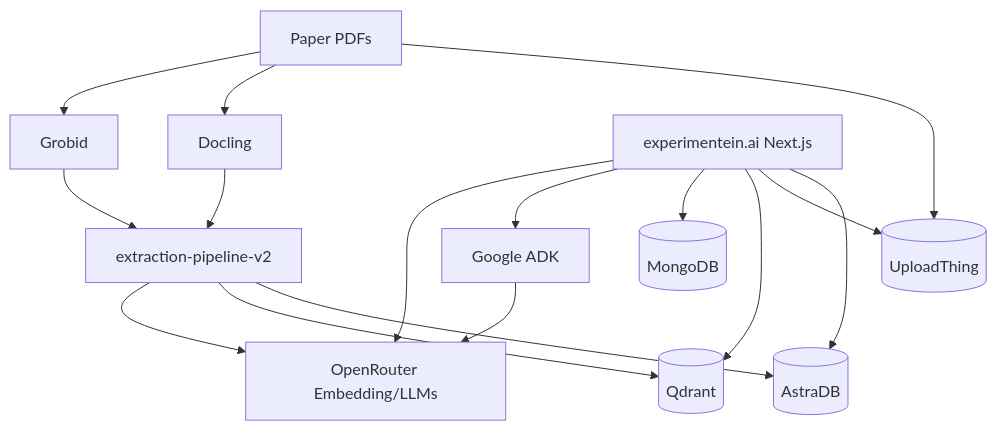
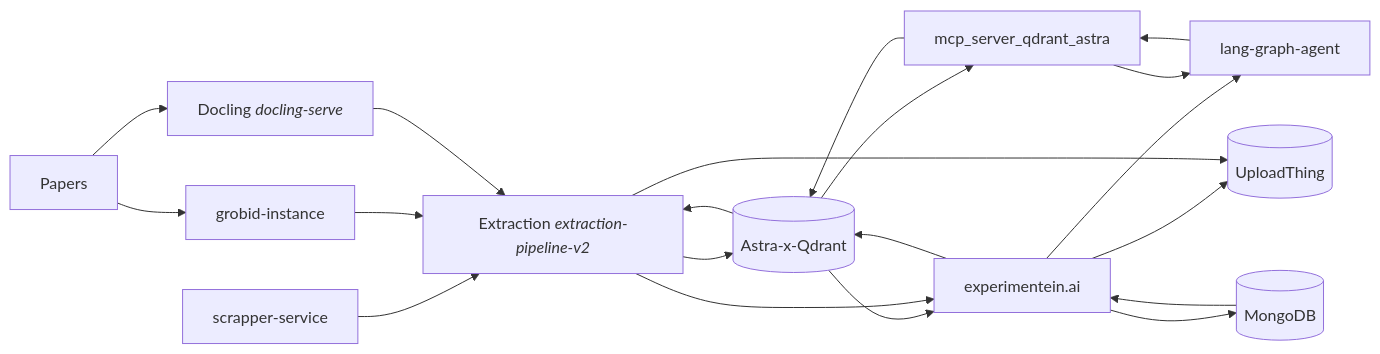
One commit to yassinehemissi/vectors-in-orbit-2026 changed the diagram in README.md. Above: the diagram before and after it, drawn with Mermaid. The commit also changed other lines of this file and 66 other files, not shown here.

````diff
--- a/README.md
+++ b/README.md
@@ -67,18 +3,33 @@
 ```mermaid
-flowchart TB
-  PDFs[Paper PDFs] --> UploadThing[(UploadThing)]
-  PDFs[Paper PDFs] --> Docling
-  PDFs[Paper PDFs] --> Grobid
-  Docling --> Pipeline[extraction-pipeline-v2]
-  Grobid --> Pipeline
-  Pipeline --> Astra[(AstraDB)]
-  Pipeline --> Qdrant[(Qdrant)]
-  App[experimentein.ai Next.js] --> Astra
-  App[experimentein.ai Next.js] --> UploadThing
-  App --> Qdrant
-  App --> Mongo[(MongoDB)]
-  App --> ADK[Google ADK]
-  App --> OpenRouter[OpenRouter Embedding/LLMs]
-  Pipeline --> OpenRouter[OpenRouter Embedding/LLMs]
-  ADK --> OpenRouter[OpenRouter Embedding/LLMs]
+flowchart LR
+    EP[Extraction <i>extraction-pipeline-v2</i>]
+    APP[experimentein.ai]
+    LGA[lang-graph-agent]
+    SCR[scrapper-service]
+    MCP[mcp_server_qdrant_astra]
+    GR[grobid-instance]
+    DS[Docling <i>docling-serve</i>]
+    AXQ[(Astra-x-Qdrant)]
+    MDB[(MongoDB)]
+    UT[(UploadThing)]
+    PDF[Papers]
+  PDF --> DS
+  PDF --> GR
+  APP --> LGA
+  APP --> UT
+  EP --> UT
+  LGA-->MCP
+  MCP --> AXQ
+  AXQ --> MCP
+  AXQ --> APP
+  APP --> MDB
+  MDB --> APP
+  APP --> AXQ
+  AXQ --> EP
+  EP --> AXQ
+  MCP --> LGA
+  EP --> APP
+  SCR --> EP
+  GR --> EP
+  DS --> EP
 ```
````
